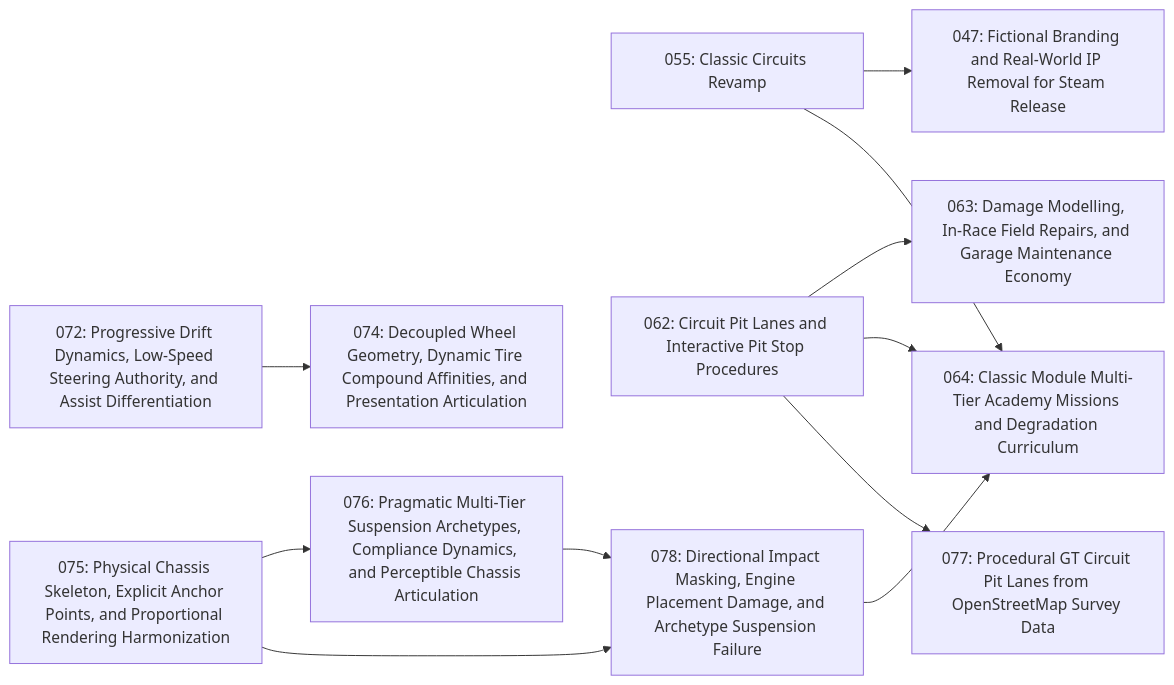
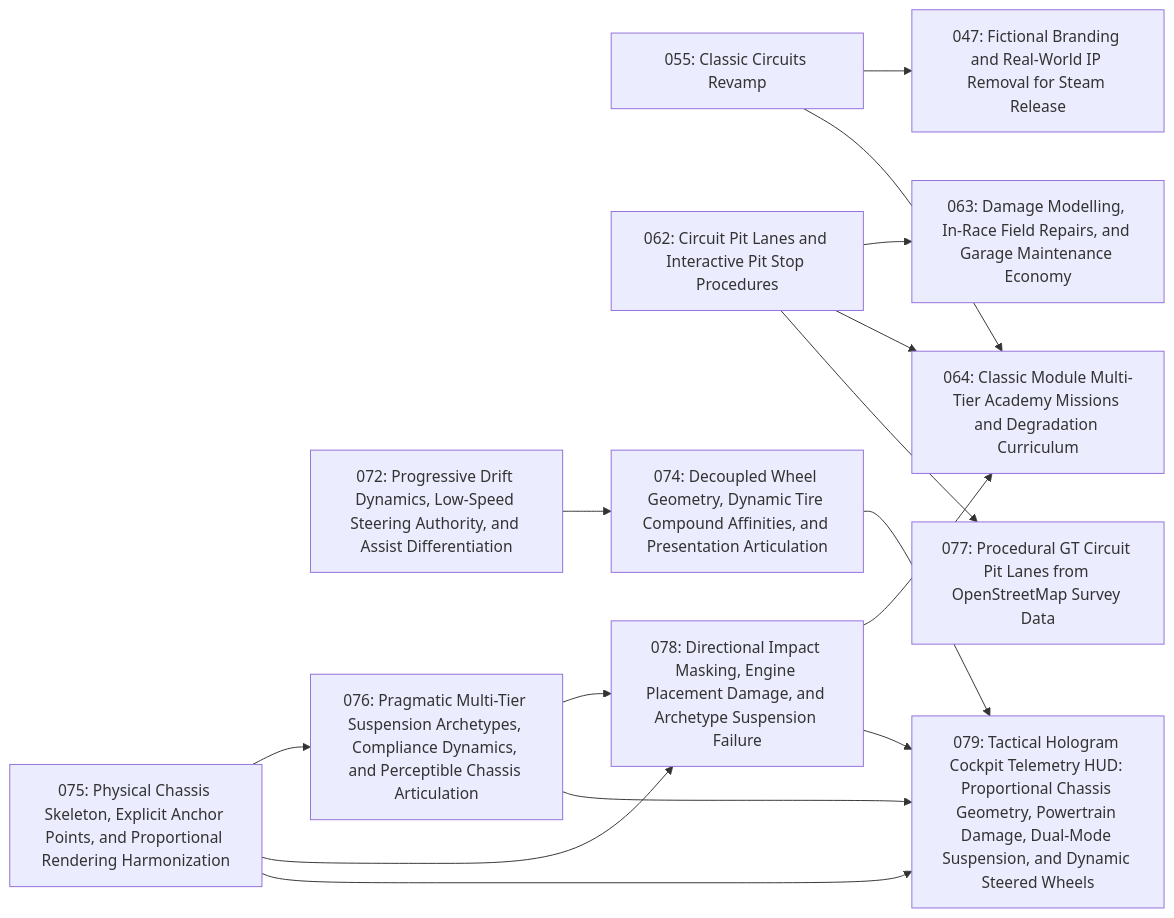
Before and after one commit to magomar/tdrace: the diagram in specs/index.md, drawn with Mermaid. The commit also changed other lines of this file and 3 other files, not shown here.

Commit message:
docs(specs): add Spec 079 definition, roadmap linkage, and verified acceptance criteria (tdrace-nzgz)

````diff
--- a/specs/index.md
+++ b/specs/index.md
@@ -105,24 +106,29 @@
 ```mermaid
 flowchart LR
     047["047: Fictional Branding and Real-World IP Removal for Steam Release"]
     055["055: Classic Circuits Revamp"]
     062["062: Circuit Pit Lanes and Interactive Pit Stop Procedures"]
     063["063: Damage Modelling, In-Race Field Repairs, and Garage Maintenance Economy"]
     064["064: Classic Module Multi-Tier Academy Missions and Degradation Curriculum"]
     072["072: Progressive Drift Dynamics, Low-Speed Steering Authority, and Assist Differentiation"]
     074["074: Decoupled Wheel Geometry, Dynamic Tire Compound Affinities, and Presentation Articulation"]
     075["075: Physical Chassis Skeleton, Explicit Anchor Points, and Proportional Rendering Harmonization"]
     076["076: Pragmatic Multi-Tier Suspension Archetypes, Compliance Dynamics, and Perceptible Chassis Articulation"]
     077["077: Procedural GT Circuit Pit Lanes from OpenStreetMap Survey Data"]
     078["078: Directional Impact Masking, Engine Placement Damage, and Archetype Suspension Failure"]
+    079["079: Tactical Hologram Cockpit Telemetry HUD: Proportional Chassis Geometry, Powertrain Damage, Dual-Mode Suspension, and Dynamic Steered Wheels"]
     055 --> 047
     062 --> 063
     055 --> 064
     062 --> 064
     078 --> 064
     072 --> 074
     075 --> 076
     062 --> 077
     075 --> 078
     076 --> 078
+    074 --> 079
+    075 --> 079
+    076 --> 079
+    078 --> 079
 ```
````
